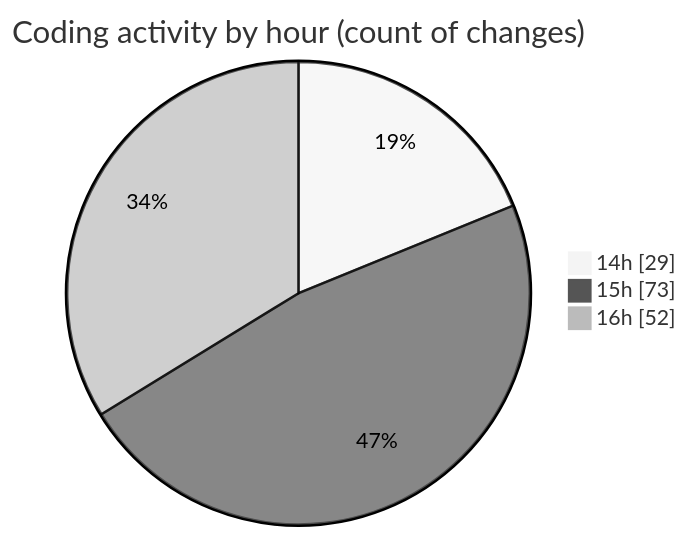
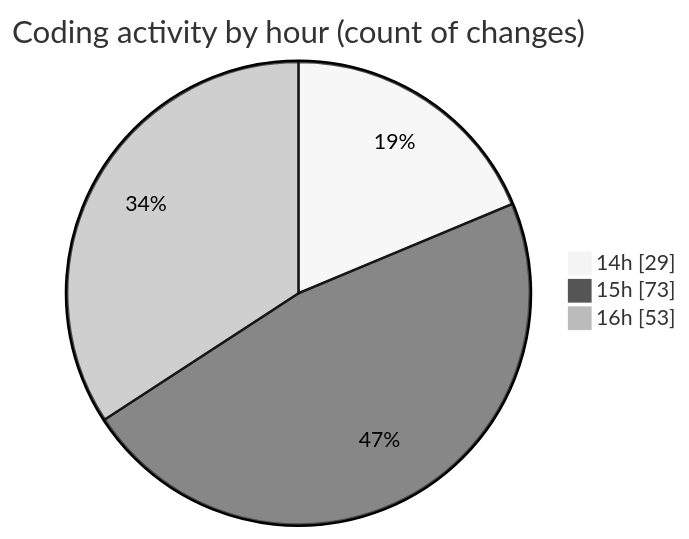
One commit to CELIANVF/code-tracking changed the second of 2 diagrams in 2025-06-05/ecodeli-1/README.md. Above: the diagram before and after it, drawn with Mermaid (neutral theme). The commit also changed other lines of this file and 1 other file, not shown here.

````diff
--- a/2025-06-05/ecodeli-1/README.md
+++ b/2025-06-05/ecodeli-1/README.md
@@ -81,7 +82,7 @@
 ```mermaid
 pie showData
 title Coding activity by hour (count of changes)
 "14h" : 29
 "15h" : 73
-"16h" : 52
+"16h" : 53
 ```
````
